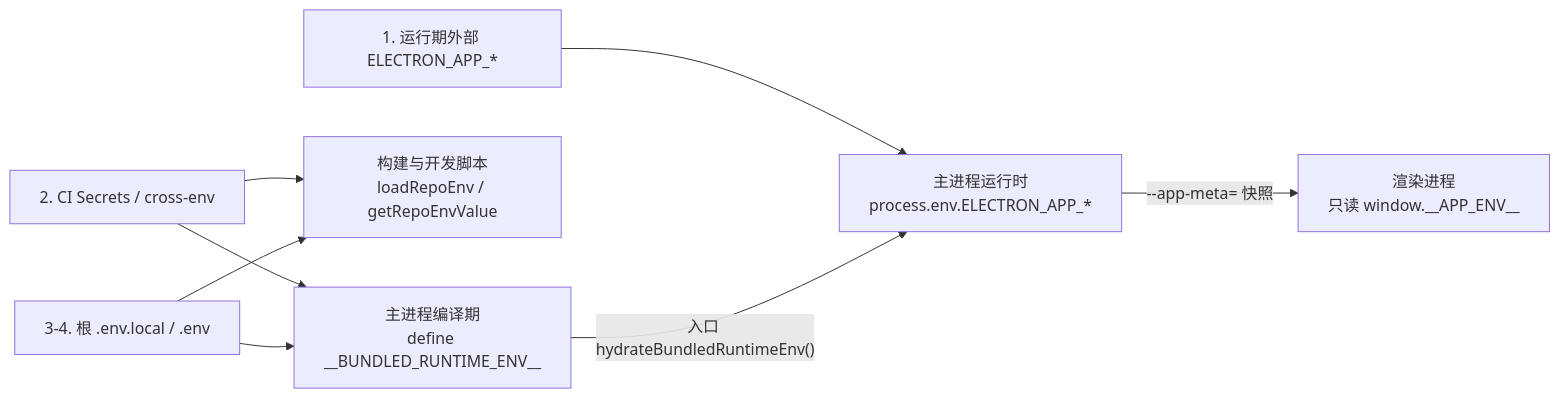
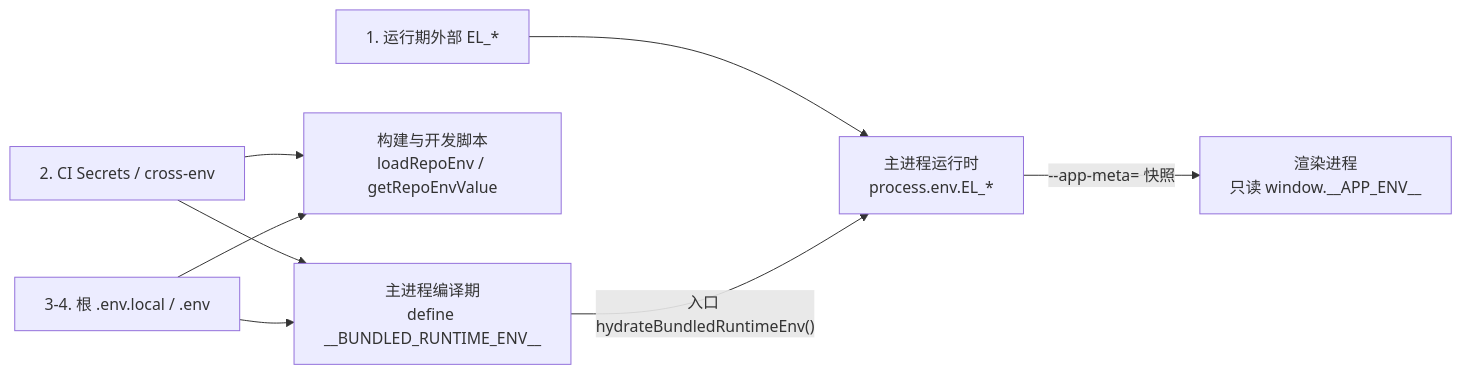
One commit to BanShan-Alec/electron-react-monorepo-template changed the diagram in packages/docs/src/pages/engineering/env-vars.md. Above: the diagram before and after it, drawn with Mermaid. The commit also changed other lines of this file and 4 other files, not shown here.

````diff
--- a/packages/docs/src/pages/engineering/env-vars.md
+++ b/packages/docs/src/pages/engineering/env-vars.md
@@ -30,10 +30,10 @@
 ```mermaid
 flowchart LR
-  S1["1. 运行期外部 ELECTRON_APP_*"] --> MRun
+  S1["1. 运行期外部 EL_*"] --> MRun
   S2["2. CI Secrets / cross-env"] --> Build
   S2 --> MBuild
   S3["3-4. 根 .env.local / .env"] --> Build["构建与开发脚本<br/>loadRepoEnv / getRepoEnvValue"]
   S3 --> MBuild["主进程编译期<br/>define __BUNDLED_RUNTIME_ENV__"]
-  MBuild -->|"入口 hydrateBundledRuntimeEnv()"| MRun["主进程运行时<br/>process.env.ELECTRON_APP_*"]
+  MBuild -->|"入口 hydrateBundledRuntimeEnv()"| MRun["主进程运行时<br/>process.env.EL_*"]
   MRun -->|"--app-meta= 快照"| RRun["渲染进程<br/>只读 window.__APP_ENV__"]
 ```
````
